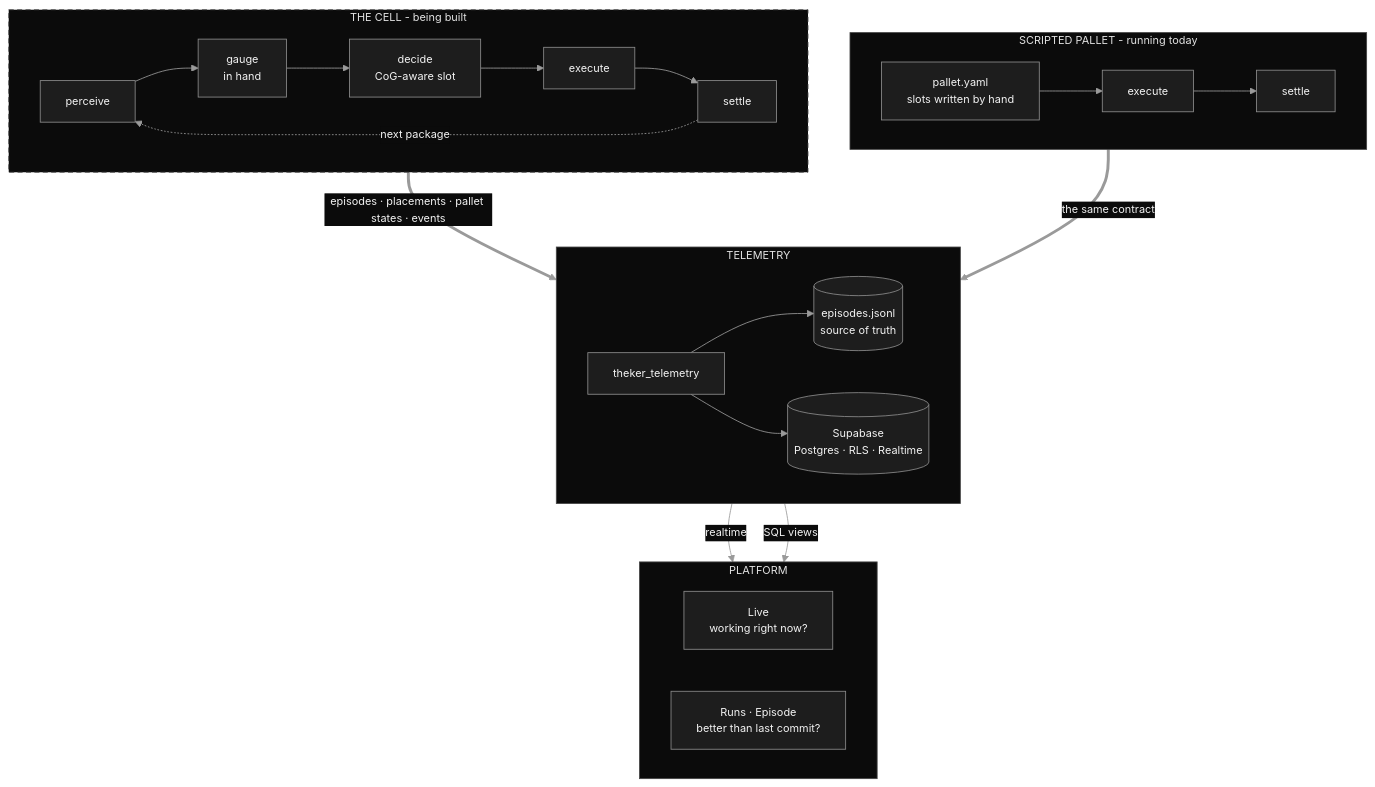
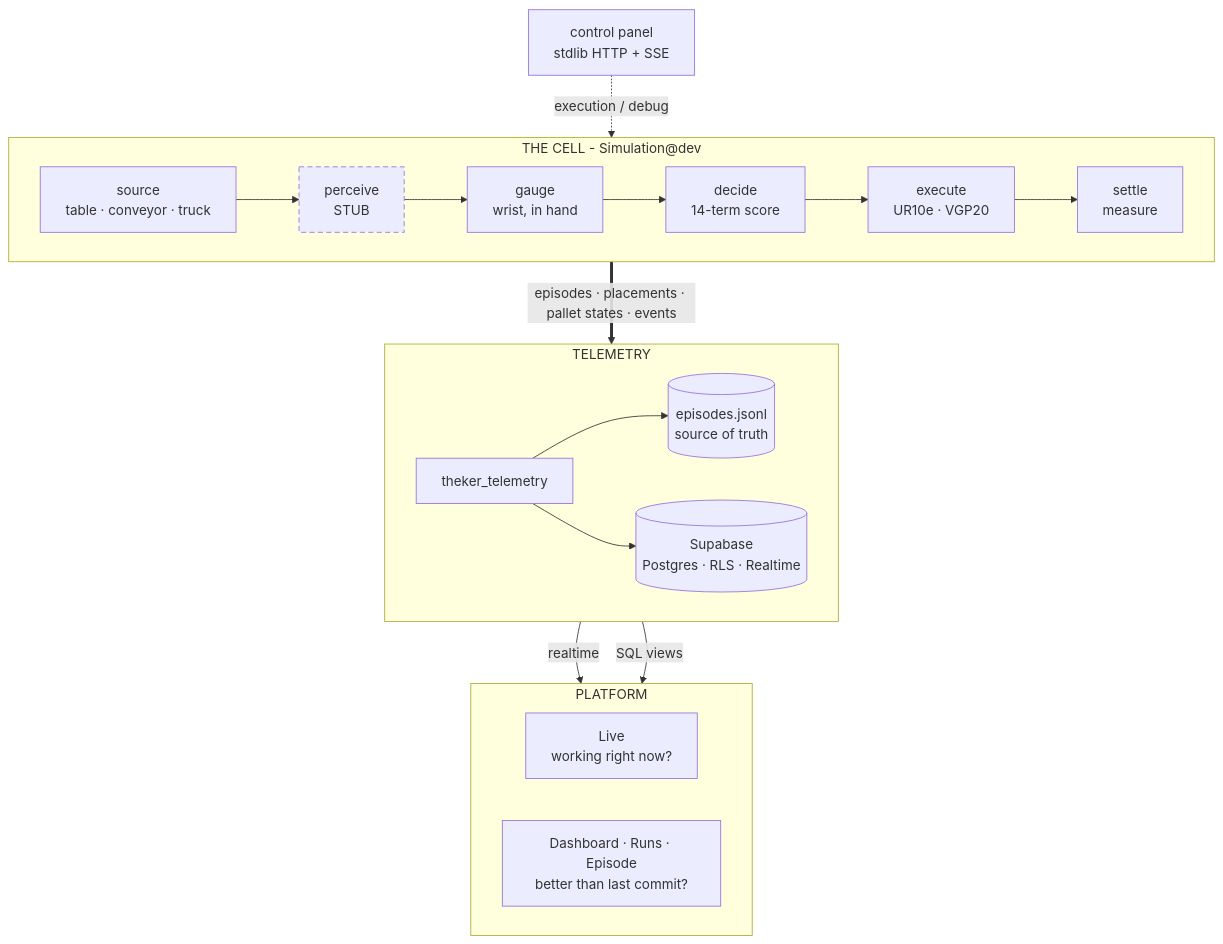
The second of 2 diagrams in profile/README.md (STACKSPECT/.github), drawn with Mermaid before and after one commit. The commit also changed other lines of this file and 5 other files, not shown here.

````diff
--- a/profile/README.md
+++ b/profile/README.md
@@ -81,35 +302,33 @@
 ```mermaid
-%%{init: {'theme':'base','themeVariables':{'primaryColor':'#1d1d1d','primaryTextColor':'#f2f2f2','primaryBorderColor':'#8c8c8c','secondaryColor':'#1d1d1d','tertiaryColor':'#1d1d1d','lineColor':'#9a9a9a','textColor':'#f2f2f2','nodeTextColor':'#f2f2f2','clusterBkg':'#0b0b0b','clusterBorder':'#454545','edgeLabelBackground':'#0b0b0b','fontFamily':'ui-monospace, SFMono-Regular, Menlo, monospace','fontSize':'13px'}}}%%
 flowchart TB
-    subgraph SIM["THE CELL - being built"]
+    PANEL["control panel<br/>stdlib HTTP + SSE"] -. "execution / debug" .-> CELL
+
+    subgraph CELL["THE CELL - Simulation@dev"]
         direction LR
-        P["perceive"] --> G["gauge<br/>in hand"] --> D["decide<br/>CoG-aware slot"] --> E["execute"] --> S["settle"]
-        S -. "next package" .-> P
+        SRC["source<br/>table · conveyor · truck"] --> P["perceive<br/>STUB"]
+        P --> G["gauge<br/>wrist, in hand"]
+        G --> D["decide<br/>14-term score"]
+        D --> E["execute<br/>UR10e · VGP20"]
+        E --> S["settle<br/>measure"]
     end
 
-    subgraph SCR["SCRIPTED PALLET - running today"]
-        direction LR
-        Y["pallet.yaml<br/>slots written by hand"] --> X["execute"] --> T["settle"]
-    end
-
-    SIM == "episodes · placements · pallet states · events" ==> SDK
-    SCR == "the same contract" ==> SDK
+    CELL == "episodes · placements · pallet states · events" ==> SDK
 
     subgraph TEL["TELEMETRY"]
         direction LR
         SDK["theker_telemetry"]
         SDK --> DISK[("episodes.jsonl<br/>source of truth")]
         SDK --> DB[("Supabase<br/>Postgres · RLS · Realtime")]
     end
 
     DB -- "realtime" --> LIVE
     DB -- "SQL views" --> RUNS
 
     subgraph PLAT["PLATFORM"]
         direction LR
         LIVE["Live<br/>working right now?"]
-        RUNS["Runs · Episode<br/>better than last commit?"]
+        RUNS["Dashboard · Runs · Episode<br/>better than last commit?"]
     end
 
-    style SIM stroke-dasharray: 6 4
+    style P stroke-dasharray: 6 4
 ```
````
